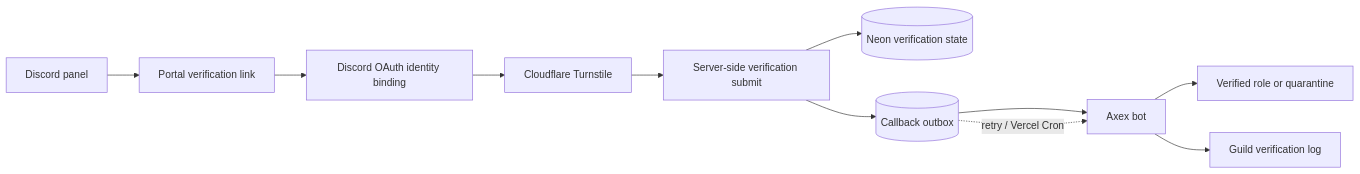
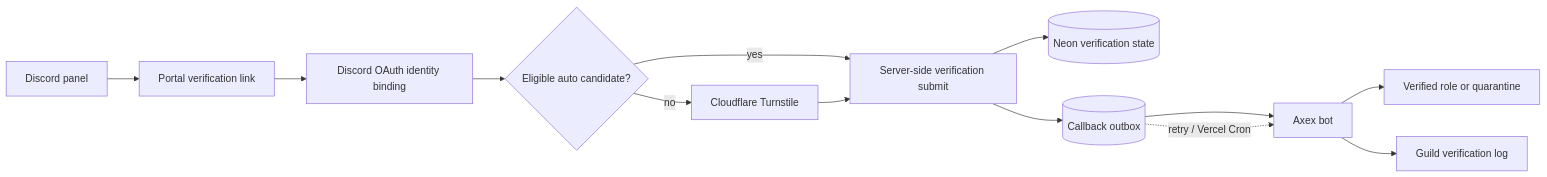
One commit to demon-richis/axex-guardian-portal changed the diagram in README.md. Above: the diagram before and after it, drawn with Mermaid. The commit also changed other lines of this file and 21 other files, not shown here.

````diff
--- a/README.md
+++ b/README.md
@@ -7,13 +7,15 @@
 ```mermaid
 flowchart LR
     P[Discord panel] --> V[Portal verification link]
     V --> O[Discord OAuth identity binding]
-    O --> T[Cloudflare Turnstile]
-    T --> S[Server-side verification submit]
+    O --> A{Eligible auto candidate?}
+    A -->|yes| S[Server-side verification submit]
+    A -->|no| T[Cloudflare Turnstile]
+    T --> S
     S --> D[(Neon verification state)]
     S --> Q[(Callback outbox)]
     Q --> B[Axex bot]
     B --> R[Verified role or quarantine]
     B --> L[Guild verification log]
     Q -. retry / Vercel Cron .-> B
 ```
````
